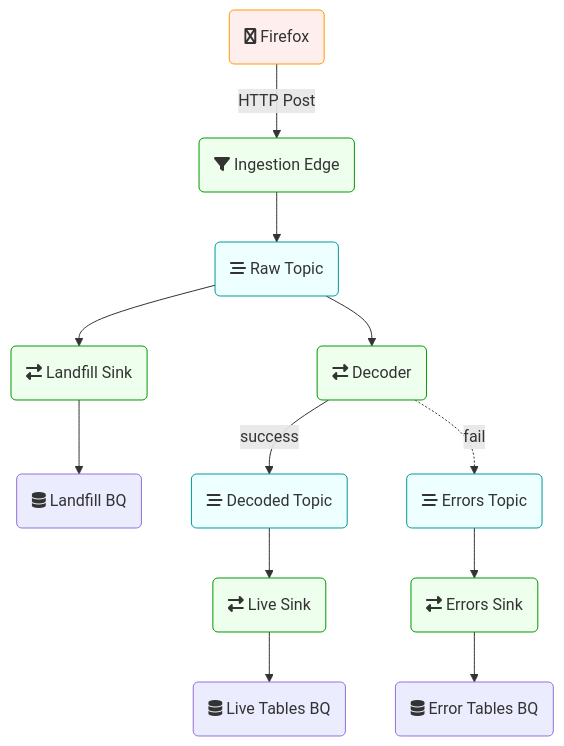
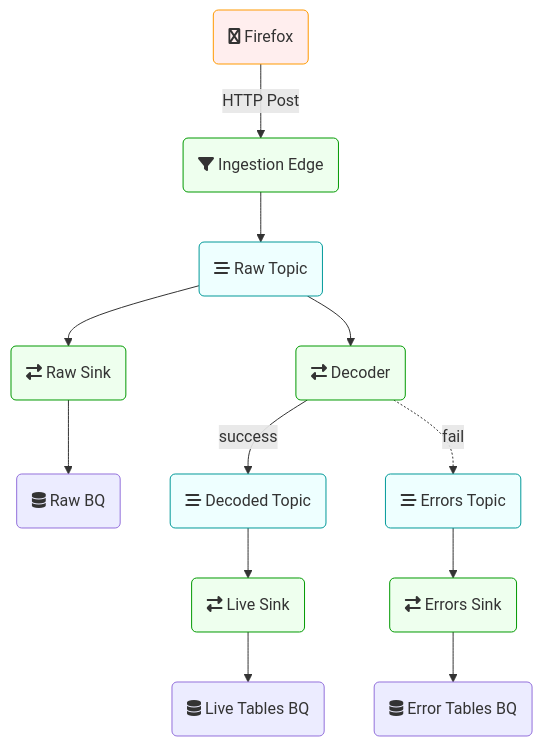
One commit to mozilla/data-docs changed the diagram in src/concepts/pipeline/gcp_data_pipeline.md. Above: the diagram before and after it, drawn with Mermaid. The commit also changed other lines of this file, not shown here.

First line of the commit message:
Fix outdated Landfill sink description in pipeline overview

````diff
--- a/src/concepts/pipeline/gcp_data_pipeline.md
+++ b/src/concepts/pipeline/gcp_data_pipeline.md
@@ -14,24 +14,24 @@
 ```mermaid
 graph TD
 
 f1(fa:fa-firefox Firefox) -->|HTTP Post| d0(fa:fa-filter Ingestion Edge)
 d0 --> p1(fa:fa-stream Raw Topic)
-p1 --> d1(fa:fa-exchange-alt Landfill Sink)
-d1 --> b1(fa:fa-database Landfill BQ)
+p1 --> d1(fa:fa-exchange-alt Raw Sink)
+d1 --> b1(fa:fa-database Raw BQ)
 p1 --> d2(fa:fa-exchange-alt Decoder)
 d2 -->|success| p2(fa:fa-stream Decoded Topic)
 d2 -.->|fail| p3(fa:fa-stream Errors Topic)
 p3 --> d4(fa:fa-exchange-alt Errors Sink)
 p2 --> d3(fa:fa-exchange-alt Live Sink)
 d3 --> b2(fa:fa-database Live Tables BQ)
 d4 --> b3(fa:fa-database Error Tables BQ)
 
 classDef pubsub fill:#eff,stroke:#099;
 classDef exec fill:#efe,stroke:#090;
 classDef producers fill:#fee,stroke:#f90;
 classDef bq fill:#ececff,stroke:#9370db;
 class p1,p2,p3 pubsub
 class d0,d1,d2,d3,d4 exec
 class f1 producers
 class b1,b2,b3 bq
 ```
````
